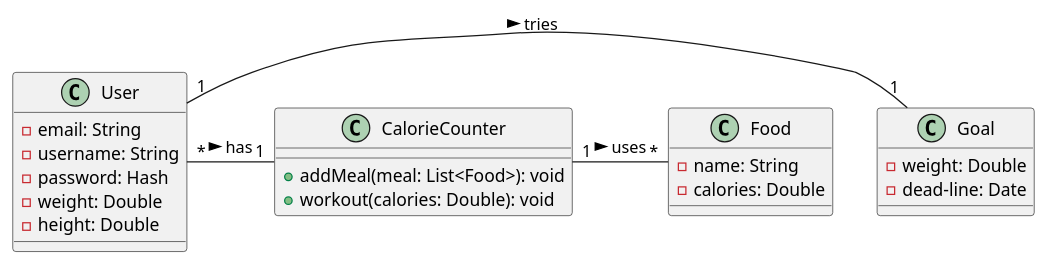
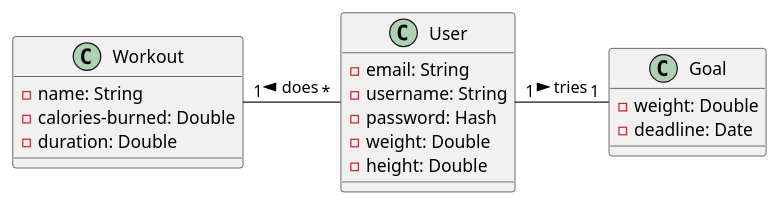
The diagram in asciidocs/plantuml/Klassendiagramm.puml (2223-3bhif-syp/02-projekte-CalorieCounter), drawn with PlantUML before and after one commit.

Commit message:
Updated classdiagram (unstable): waiting for feedback

```diff
--- a/asciidocs/plantuml/Klassendiagramm.puml
+++ b/asciidocs/plantuml/Klassendiagramm.puml
@@ -1,32 +1,27 @@
 @startuml
 
 top to bottom direction
 
 class User {
     - email: String
     - username: String
     - password: Hash
     - weight: Double
     - height: Double
 }
 
 class Goal {
     - weight: Double
-    - dead-line: Date
+    - deadline: Date
 }
 
-class Food {
+class Workout {
     - name: String
-    - calories: Double
-}
-
-class CalorieCounter {
-    + addMeal(meal: List<Food>): void
-    + workout(calories: Double): void
+    - calories-burned: Double
+    - duration: Double
 }
 
 User "1" - "1" Goal : > tries
-User "*" - "1" CalorieCounter : > has
-CalorieCounter "1" - "*" Food : > uses
+Workout "1" - "*" User : < does
 
 @enduml
```
